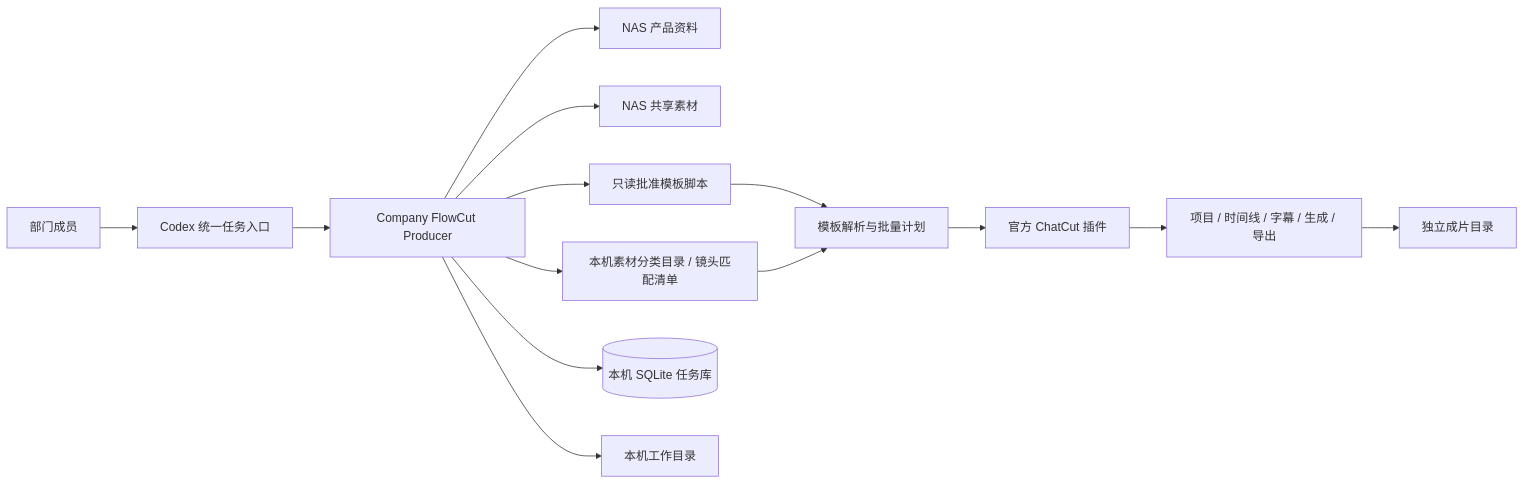
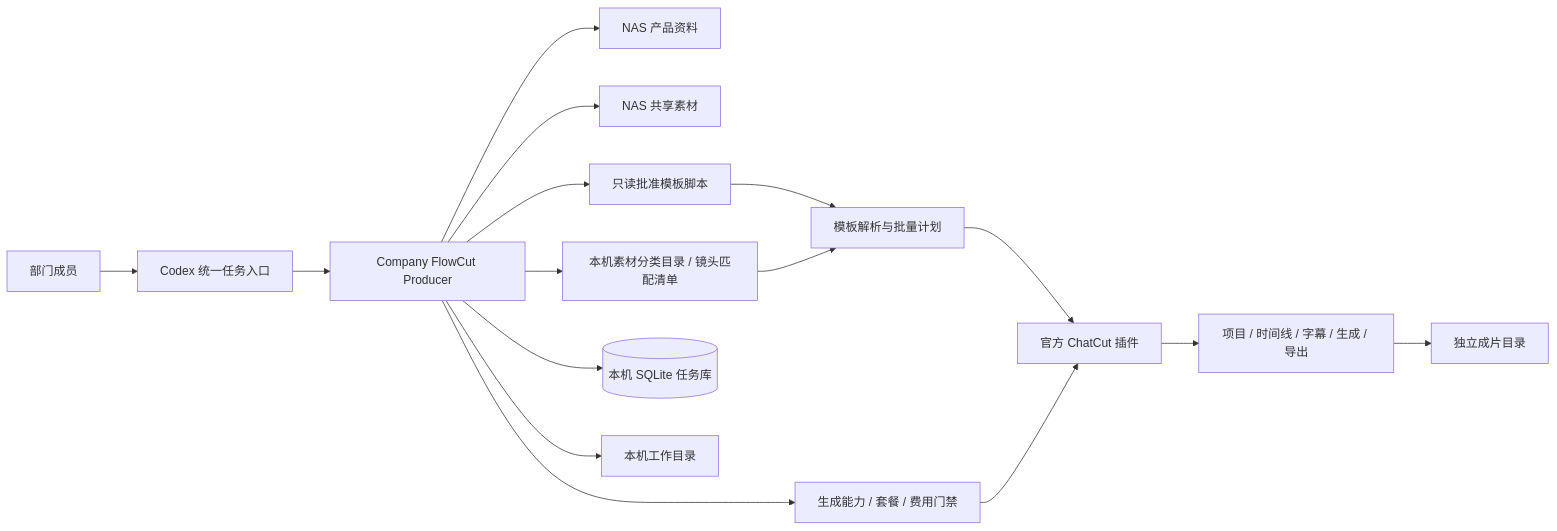
The diagram in plugins/company-flowcut-producer/docs/system-architecture.md (zmq18560817115-eng/shipinskill), drawn with Mermaid before and after one commit. The commit also changed other lines of this file and 15 other files, not shown here.

````diff
--- a/plugins/company-flowcut-producer/docs/system-architecture.md
+++ b/plugins/company-flowcut-producer/docs/system-architecture.md
@@ -11,16 +11,18 @@
 ```mermaid
 flowchart LR
     U[部门成员] --> C[Codex 统一任务入口]
     C --> P[Company FlowCut Producer]
     P --> K[NAS 产品资料]
     P --> A[NAS 共享素材]
     P --> R[只读批准模板脚本]
     R --> B[模板解析与批量计划]
     P --> M[本机素材分类目录 / 镜头匹配清单]
     P --> S[(本机 SQLite 任务库)]
     P --> W[本机工作目录]
+    P --> G[生成能力 / 套餐 / 费用门禁]
     M --> B
     B --> X[官方 ChatCut 插件]
+    G --> X
     X --> T[项目 / 时间线 / 字幕 / 生成 / 导出]
     T --> O[独立成片目录]
 ```
````
